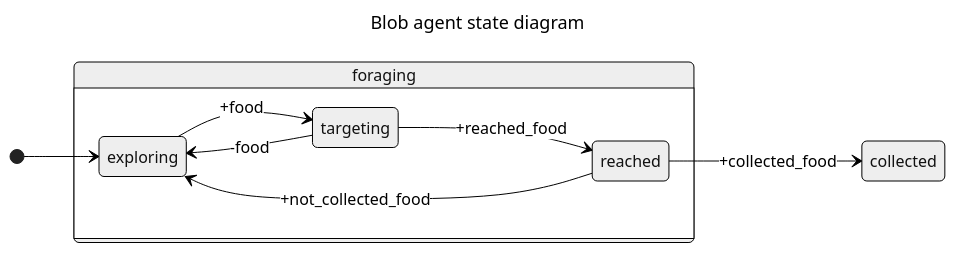
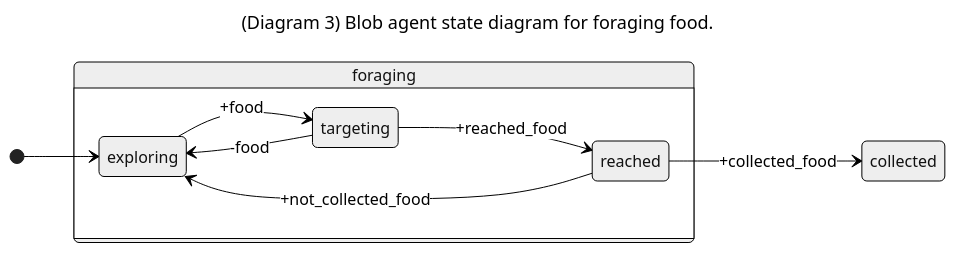
The third of 4 diagrams in docs/report.md (giovaz94/isee-project-2023-2024), drawn with Mermaid (neutral theme) before and after one commit. The commit also changed other lines of this file, not shown here.

Commit message:
docs: ended foraging design

````diff
--- a/docs/report.md
+++ b/docs/report.md
@@ -278,15 +285,15 @@
 ```mermaid
 ---
-title: Blob agent state diagram
+title: (Diagram 3) Blob agent state diagram for foraging food.
 ---
 stateDiagram
     direction LR
     [*] --> exploring
     state foraging {
         exploring --> targeting : +food
         targeting --> exploring: -food
         targeting --> reached : +reached_food
     }
     reached --> collected : +collected_food
     reached --> exploring : +not_collected_food
 ```
````
